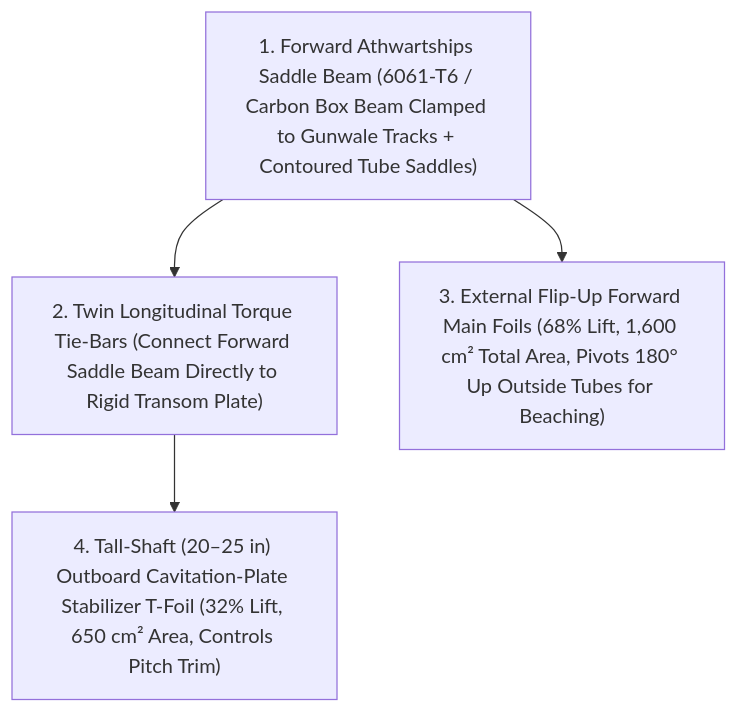
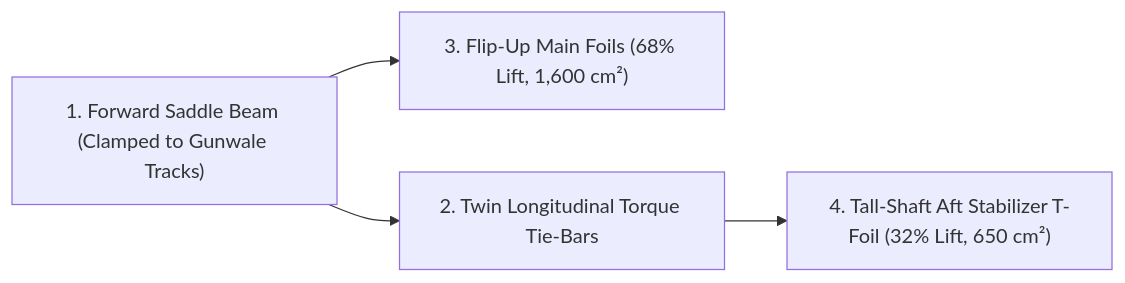
Before and after one commit to boats-boats-boats/flux-shaft: the second of 3 diagrams in electric-foiling-dinghy-guide.md, drawn with Mermaid. The commit also changed other lines of this file, not shown here.

Commit message:
Switch dinghy architecture flowcharts to stacked flowchart LR with concise labels for readability

````diff
--- a/electric-foiling-dinghy-guide.md
+++ b/electric-foiling-dinghy-guide.md
@@ -74,11 +74,6 @@
 ```mermaid
-flowchart TD
-    Saddle["1. Forward Athwartships Saddle Beam (6061-T6 / Carbon Box Beam Clamped to Gunwale Tracks + Contoured Tube Saddles)"]
-    Spine["2. Twin Longitudinal Torque Tie-Bars (Connect Forward Saddle Beam Directly to Rigid Transom Plate)"]
-    FwdFoil["3. External Flip-Up Forward Main Foils (68% Lift, 1,600 cm² Total Area, Pivots 180° Up Outside Tubes for Beaching)"]
-    AftFoil["4. Tall-Shaft (20–25 in) Outboard Cavitation-Plate Stabilizer T-Foil (32% Lift, 650 cm² Area, Controls Pitch Trim)"]
-
-    Saddle --> Spine
-    Saddle --> FwdFoil
-    Spine --> AftFoil
+flowchart LR
+    Saddle["1. Forward Saddle Beam (Clamped to Gunwale Tracks)"] --> FwdFoil["3. Flip-Up Main Foils (68% Lift, 1,600 cm²)"]
+    Saddle --> Spine["2. Twin Longitudinal Torque Tie-Bars"]
+    Spine --> AftFoil["4. Tall-Shaft Aft Stabilizer T-Foil (32% Lift, 650 cm²)"]
 ```
````
